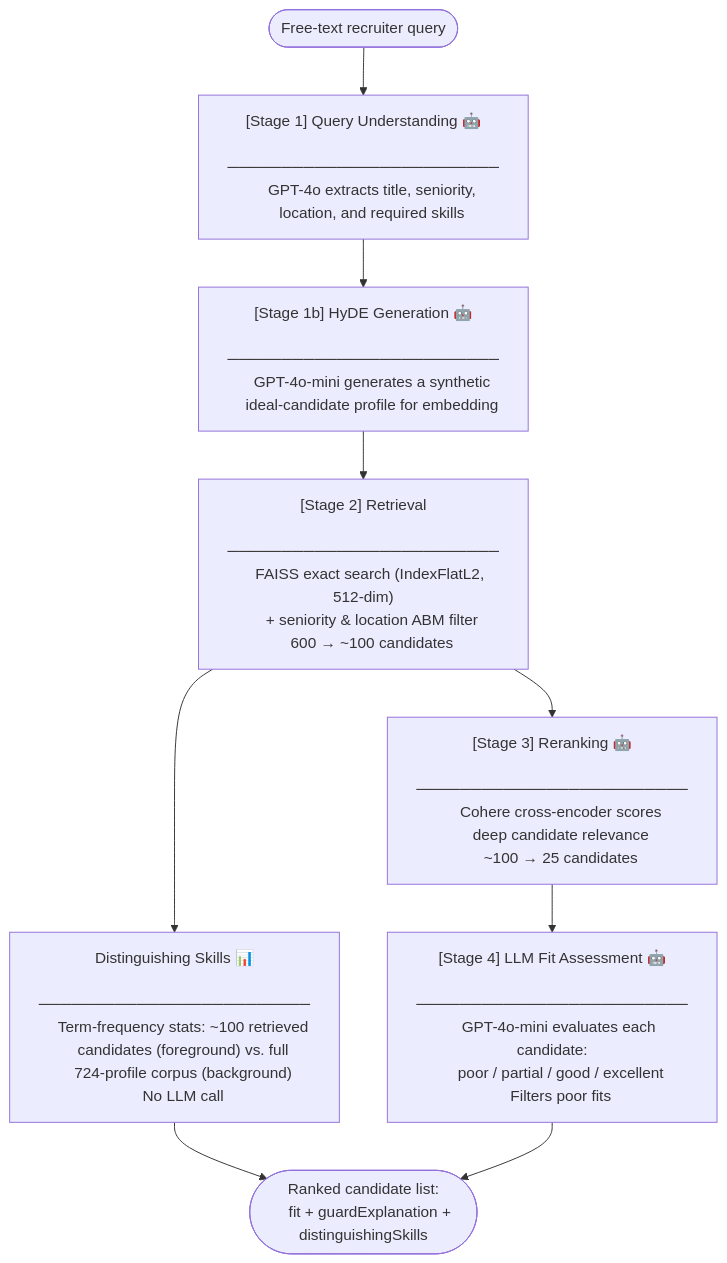
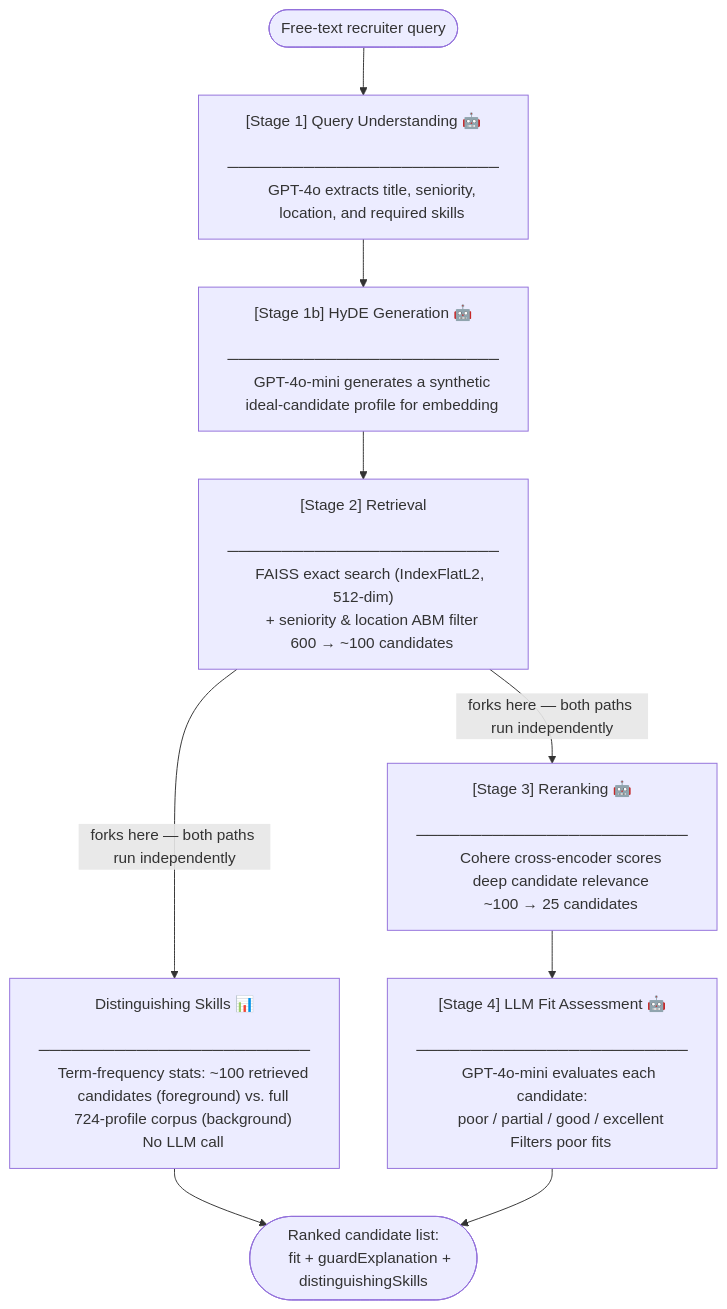
One commit to ajayp/llm-candidate-search changed the first of 2 diagrams in README.md. Above: the diagram before and after it, drawn with Mermaid. The commit also changed other lines of this file and 7 other files, not shown here.

````diff
--- a/README.md
+++ b/README.md
@@ -200,43 +215,43 @@
 ```mermaid
 flowchart TD
     A([Free-text recruiter query]) --> B
 
     B["[Stage 1] Query Understanding 🤖
     ─────────────────────────
     GPT-4o extracts title, seniority,
     location, and required skills"]
 
     B --> C["[Stage 1b] HyDE Generation 🤖
     ─────────────────────────
     GPT-4o-mini generates a synthetic
     ideal-candidate profile for embedding"]
 
     C --> D["[Stage 2] Retrieval
     ─────────────────────────
     FAISS exact search (IndexFlatL2, 512-dim)
     + seniority &amp; location ABM filter
     600 → ~100 candidates"]
 
-    D --> E["[Stage 3] Reranking 🤖
+    D -->|"forks here — both paths run independently"| E["[Stage 3] Reranking 🤖
     ─────────────────────────
     Cohere cross-encoder scores
     deep candidate relevance
     ~100 → 25 candidates"]
 
-    D --> M["Distinguishing Skills 📊
+    D -->|"forks here — both paths run independently"| M["Distinguishing Skills 📊
     ─────────────────────────
     Term-frequency stats: ~100 retrieved
     candidates (foreground) vs. full
     724-profile corpus (background)
     No LLM call"]
 
     E --> F["[Stage 4] LLM Fit Assessment 🤖
     ─────────────────────────
     GPT-4o-mini evaluates each candidate:
     poor / partial / good / excellent
     Filters poor fits"]
 
     M --> G
     F --> G([Ranked candidate list:
     fit + guardExplanation + distinguishingSkills])
 ```
````
